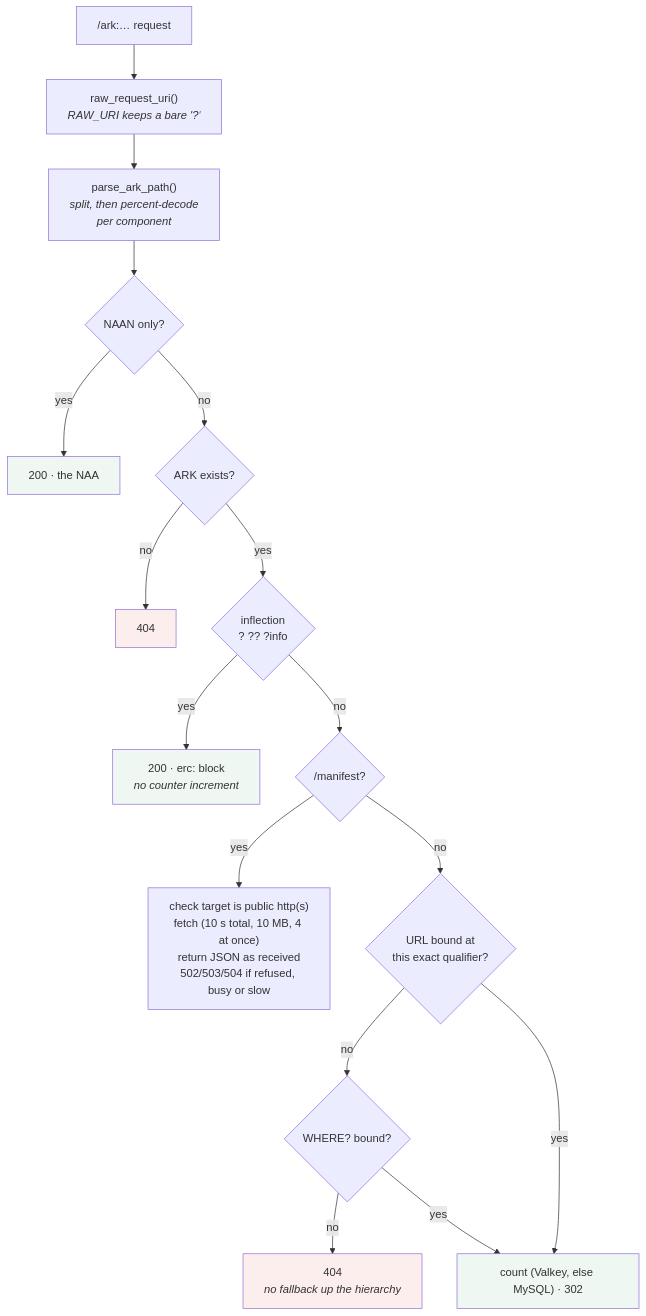
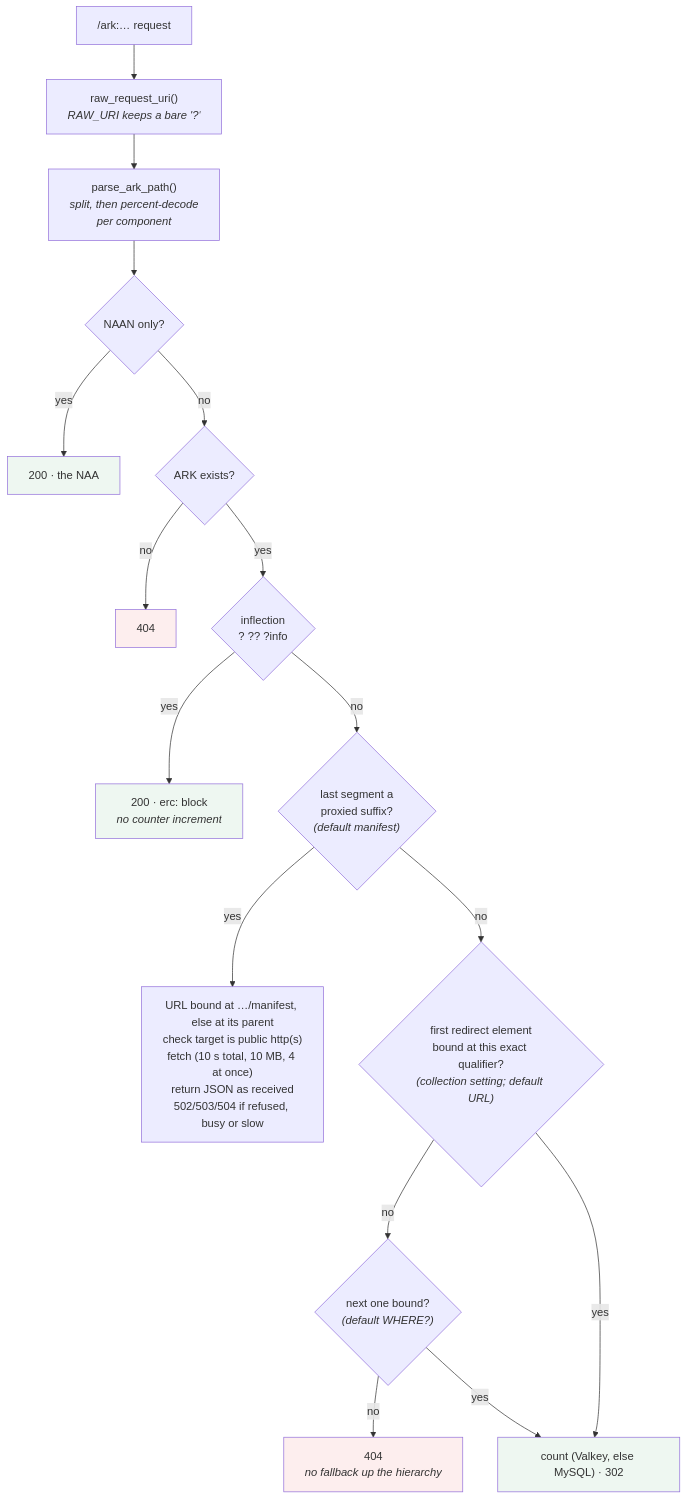
The seventh of 11 diagrams in docs/README_EXTENDED.md (digitalutsc/arks-service), drawn with Mermaid before and after one commit. The commit also changed other lines of this file and 21 other files, not shown here.

````diff
--- a/docs/README_EXTENDED.md
+++ b/docs/README_EXTENDED.md
@@ -285,24 +285,24 @@
 ```mermaid
 flowchart TD
     A["/ark:… request"] --> B["raw_request_uri()<br/><i>RAW_URI keeps a bare '?'</i>"]
     B --> C["parse_ark_path()<br/><i>split, then percent-decode<br/>per component</i>"]
     C --> D{"NAAN only?"}
     D -->|yes| E["200 · the NAA"]
     D -->|no| F{"ARK exists?"}
     F -->|no| G["404"]
     F -->|yes| H{"inflection<br/>? ?? ?info"}
     H -->|yes| I["200 · erc: block<br/><i>no counter increment</i>"]
-    H -->|no| J{"/manifest?"}
-    J -->|yes| K["check target is public http(s)<br/>fetch (10 s total, 10 MB, 4 at once)<br/>return JSON as received<br/>502/503/504 if refused, busy or slow"]
-    J -->|no| L{"URL bound at<br/>this exact qualifier?"}
-    L -->|no| M{"WHERE? bound?"}
+    H -->|no| J{"last segment a<br/>proxied suffix?<br/><i>(default manifest)</i>"}
+    J -->|yes| K["URL bound at …/manifest, else at its parent<br/>check target is public http(s)<br/>fetch (10 s total, 10 MB, 4 at once)<br/>return JSON as received<br/>502/503/504 if refused, busy or slow"]
+    J -->|no| L{"first redirect element<br/>bound at this exact qualifier?<br/><i>(collection setting; default URL)</i>"}
+    L -->|no| M{"next one bound?<br/><i>(default WHERE?)</i>"}
     M -->|no| N["404<br/><i>no fallback up the hierarchy</i>"]
     M -->|yes| O["count (Valkey, else MySQL) · 302"]
     L -->|yes| O
 
     style E fill:#eef7f1
     style I fill:#eef7f1
     style O fill:#eef7f1
     style G fill:#fdeeee
     style N fill:#fdeeee
 ```
````
